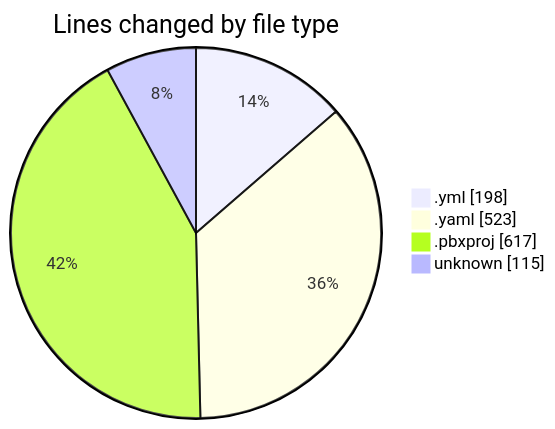
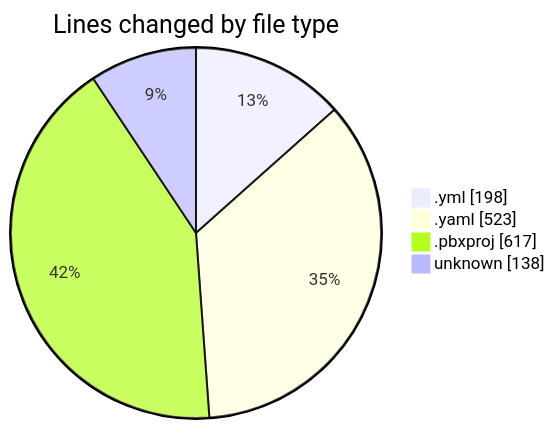
One commit to lephambinh05/code-tracking changed the first of 2 diagrams in 2025-08-08/studybuddy/README.md. Above: the diagram before and after it, drawn with Mermaid. The commit also changed other lines of this file and 1 other file, not shown here.

````diff
--- a/2025-08-08/studybuddy/README.md
+++ b/2025-08-08/studybuddy/README.md
@@ -25,8 +25,8 @@
 ```mermaid
 pie showData
 title Lines changed by file type
 ".yml" : 198
 ".yaml" : 523
 ".pbxproj" : 617
-"unknown" : 115
+"unknown" : 138
 ```
````
